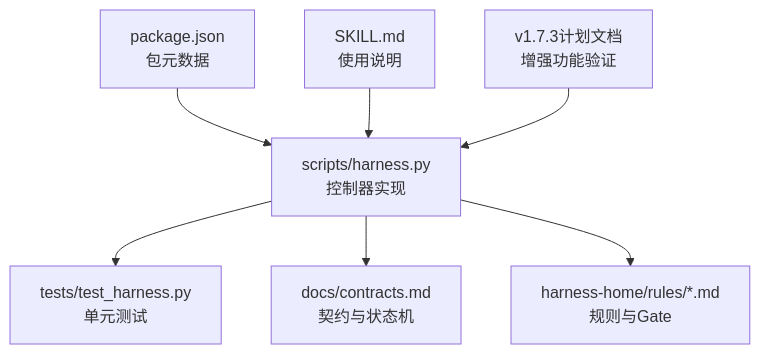
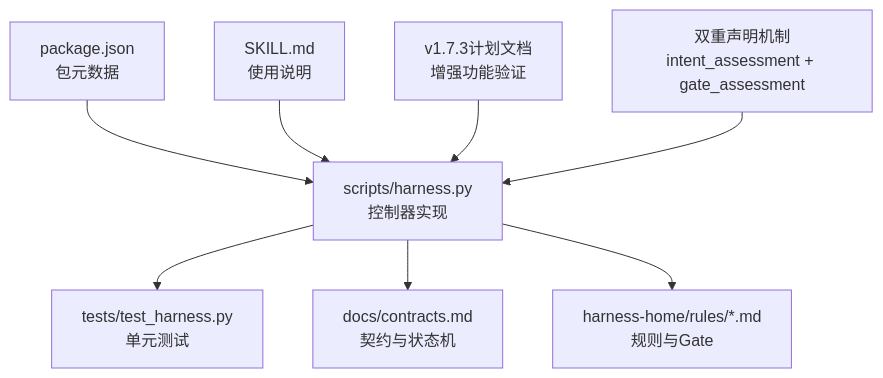
The first of 4 diagrams in .qoder/repowiki/zh/content/任务管理/任务生命周期管理.md (HackSing/docs-harness), drawn with Mermaid before and after one commit. The commit also changed other lines of this file and 27 other files, not shown here.

````diff
--- a/.qoder/repowiki/zh/content/任务管理/任务生命周期管理.md
+++ b/.qoder/repowiki/zh/content/任务管理/任务生命周期管理.md
@@ -44,9 +49,10 @@
 ```mermaid
 graph TB
 A["scripts/harness.py<br/>控制器实现"] --> B["tests/test_harness.py<br/>单元测试"]
 A --> C["docs/contracts.md<br/>契约与状态机"]
 A --> D["harness-home/rules/*.md<br/>规则与Gate"]
 E["package.json<br/>包元数据"] --> A
 F["SKILL.md<br/>使用说明"] --> A
 G["v1.7.3计划文档<br/>增强功能验证"] --> A
+H["双重声明机制<br/>intent_assessment + gate_assessment"] --> A
 ```
````
